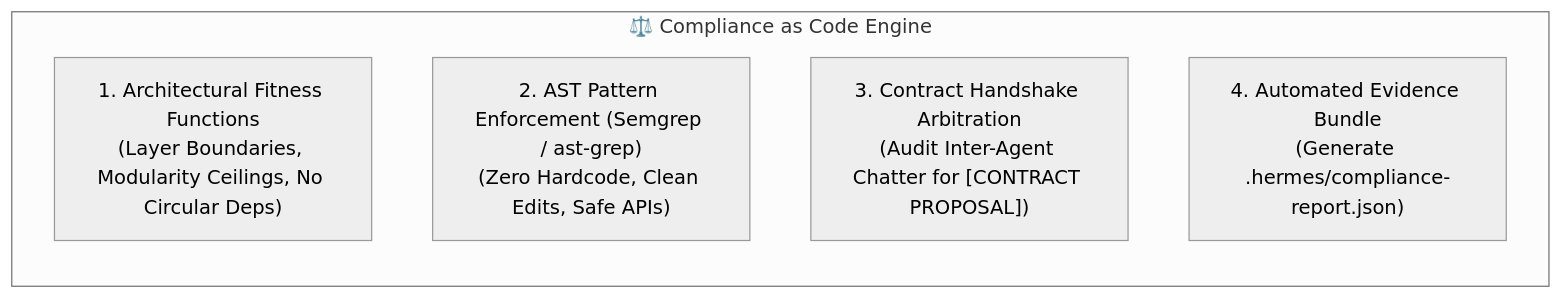
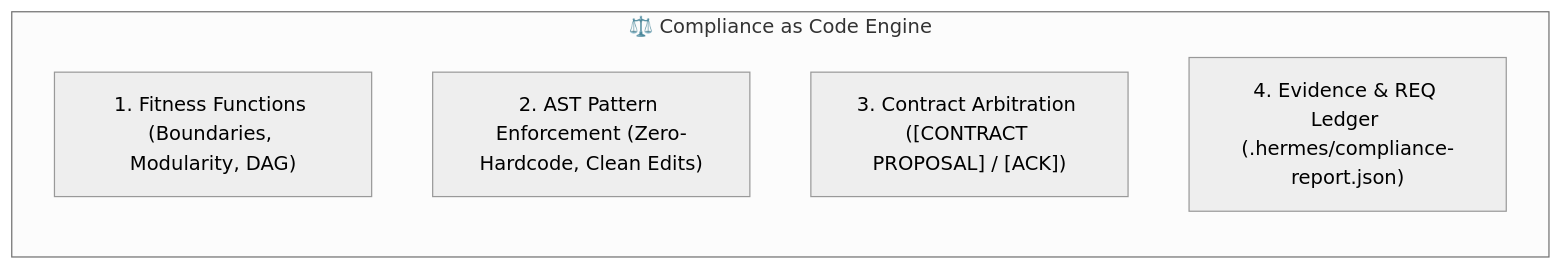
The first of 2 diagrams in skills/compliance-policy-as-code/SKILL.md (neon1301/hermes-mode-antigravity), drawn with Mermaid (neutral theme) before and after one commit. The commit also changed other lines of this file and 22 other files, not shown here.

````diff
--- a/skills/compliance-policy-as-code/SKILL.md
+++ b/skills/compliance-policy-as-code/SKILL.md
@@ -14,10 +14,10 @@
 ```mermaid
 flowchart TD
-    subgraph Compliance_Engine ["⚖️ Compliance as Code Engine"]
+    subgraph Engine ["⚖️ Compliance as Code Engine"]
         direction TB
-        F1["1. Architectural Fitness Functions\n(Layer Boundaries, Modularity Ceilings, No Circular Deps)"]
-        F2["2. AST Pattern Enforcement (Semgrep / ast-grep)\n(Zero Hardcode, Clean Edits, Safe APIs)"]
-        F3["3. Contract Handshake Arbitration\n(Audit Inter-Agent Chatter for [CONTRACT PROPOSAL])"]
-        F4["4. Automated Evidence Bundle\n(Generate .hermes/compliance-report.json)"]
+        F1["1. Fitness Functions (Boundaries, Modularity, DAG)"]
+        F2["2. AST Pattern Enforcement (Zero-Hardcode, Clean Edits)"]
+        F3["3. Contract Arbitration ([CONTRACT PROPOSAL] / [ACK])"]
+        F4["4. Evidence & REQ Ledger (.hermes/compliance-report.json)"]
     end
 ```
````
